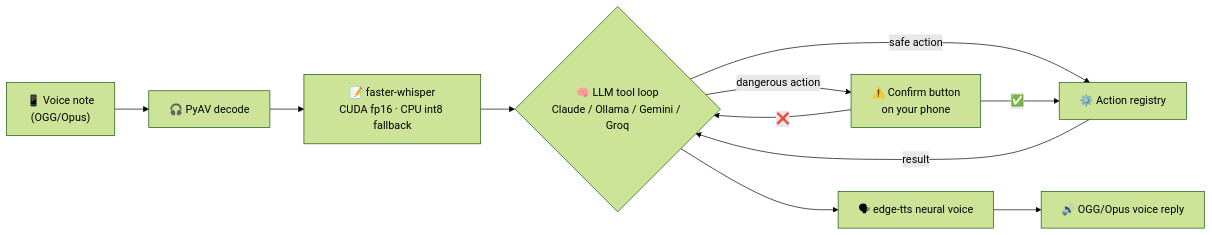
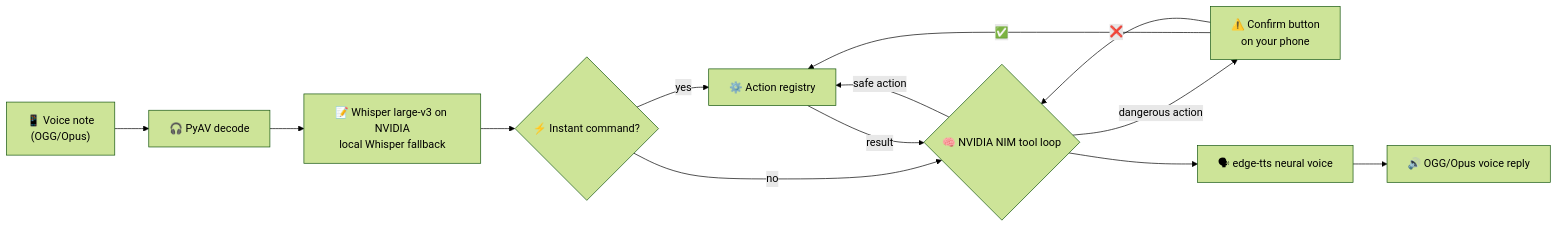
Before and after one commit to Arnab-apk/edith: the first of 2 diagrams in README.md, drawn with Mermaid (forest theme). The commit also changed other lines of this file and 17 other files, not shown here.

First line of the commit message:
Voice-first Edith: NVIDIA brain + hosted Whisper, instant commands, plain chat

````diff
--- a/README.md
+++ b/README.md
@@ -135,13 +135,15 @@
 ```mermaid
 flowchart LR
     A["📱 Voice note<br/>(OGG/Opus)"] --> B["🎧 PyAV decode"]
-    B --> C["📝 faster-whisper<br/>CUDA fp16 · CPU int8 fallback"]
-    C --> D{"🧠 LLM tool loop<br/>Claude / Ollama / Gemini / Groq"}
+    B --> C["📝 Whisper large-v3 on NVIDIA<br/>local Whisper fallback"]
+    C --> I{"⚡ Instant command?"}
+    I -- "yes" --> E
+    I -- "no" --> D{"🧠 NVIDIA NIM tool loop"}
     D -- "safe action" --> E["⚙️ Action registry"]
     D -- "dangerous action" --> F["⚠️ Confirm button<br/>on your phone"]
     F -- "✅" --> E
     F -- "❌" --> D
     E -- "result" --> D
     D --> G["🗣 edge-tts neural voice"]
     G --> H["🔊 OGG/Opus voice reply"]
 ```
````
